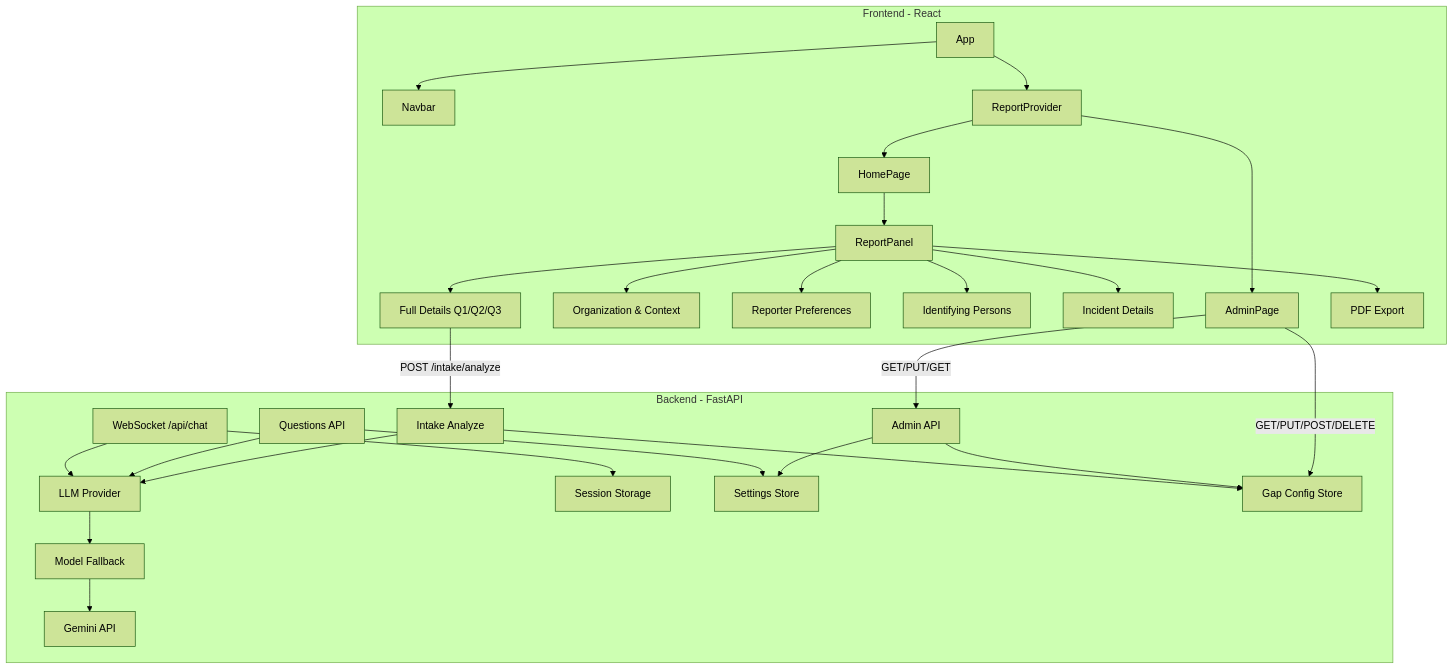
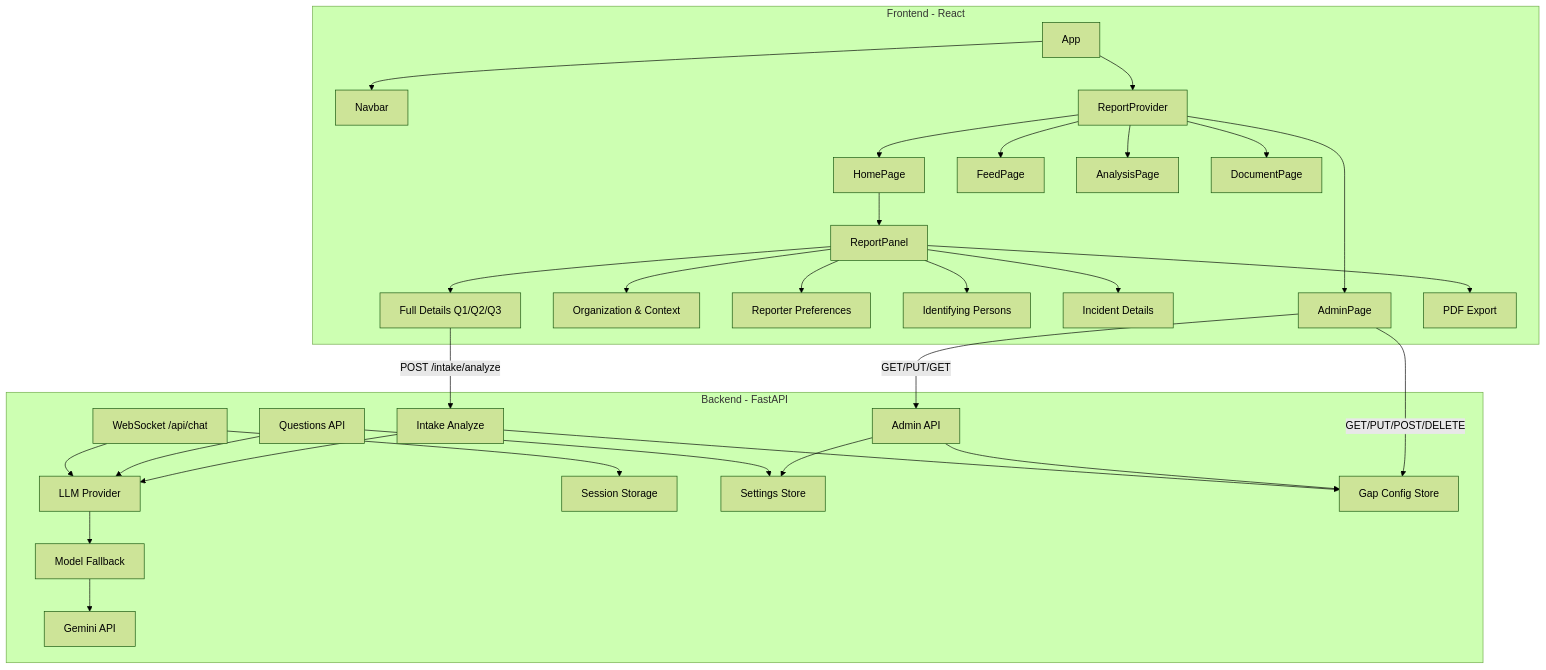
Before and after one commit to CodingwithAhmad1/Whistleblowing: the first of 3 diagrams in docs/ARCHITECTURE.md, drawn with Mermaid (forest theme). The commit also changed other lines of this file and 41 other files, not shown here.

First line of the commit message:
docs: align Manager Document, guides, and stack with ReportIQ pipeline

````diff
--- a/docs/ARCHITECTURE.md
+++ b/docs/ARCHITECTURE.md
@@ -7,48 +7,51 @@
 ```mermaid
 flowchart TB
     subgraph Frontend [Frontend - React]
         App[App]
         Navbar[Navbar]
         ReportProvider[ReportProvider]
         HomePage[HomePage]
         AdminPage[AdminPage]
         ReportPanel[ReportPanel]
         App --> Navbar
         App --> ReportProvider
         ReportProvider --> HomePage
         ReportProvider --> AdminPage
+        ReportProvider --> FeedPage[FeedPage]
+        ReportProvider --> AnalysisPage[AnalysisPage]
+        ReportProvider --> DocumentPage[DocumentPage]
         HomePage --> ReportPanel
         ReportPanel --> Org[Organization & Context]
         ReportPanel --> Reporter[Reporter Preferences]
         ReportPanel --> Persons[Identifying Persons]
         ReportPanel --> Incident[Incident Details]
         ReportPanel --> FullDetails[Full Details Q1/Q2/Q3]
         ReportPanel --> PDF[PDF Export]
     end
 
     subgraph Backend [Backend - FastAPI]
         Questions[Questions API]
         Intake[Intake Analyze]
         Admin[Admin API]
         WS[WebSocket /api/chat]
         Fallback[Model Fallback]
         Provider[LLM Provider]
         Gemini[Gemini API]
         Storage[Session Storage]
         SettingsStore[Settings Store]
         GapStore[Gap Config Store]
         FullDetails -->|POST /intake/analyze| Intake
         AdminPage -->|GET/PUT/GET| Admin
         AdminPage -->|GET/PUT/POST/DELETE| GapStore
         Admin --> SettingsStore
         Admin --> GapStore
         Intake --> Provider
         Intake --> GapStore
         Questions --> Provider
         Questions --> SettingsStore
         WS --> Provider
         Provider --> Fallback
         Fallback --> Gemini
         WS --> Storage
     end
 ```
````
